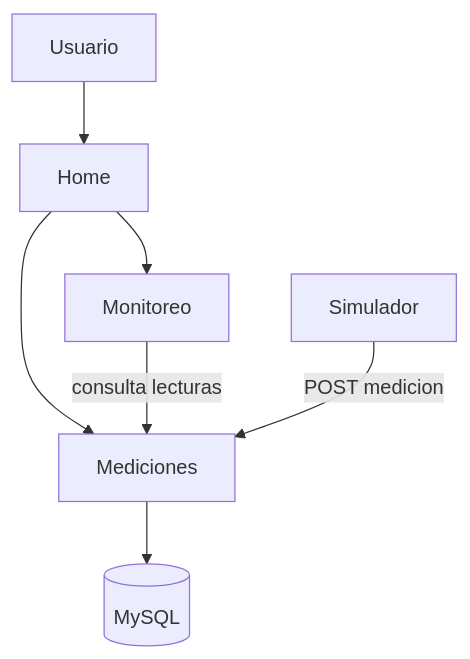
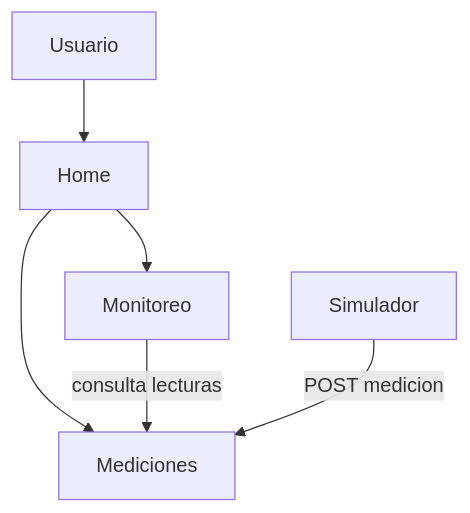
The diagram in README.md (ngcddev/Sistema-Distribuido-de-Monitoreo-IoT-Simulado), drawn with Mermaid before and after one commit.

Commit message:
docs: deja el diagrama del README con los cuatro servicios
MySQL sigue siendo la persistencia de Mediciones, fuera del diagrama de comunicacion entre microservicios.

````diff
--- a/README.md
+++ b/README.md
@@ -40,9 +40,8 @@
 ```mermaid
 flowchart TD
     U[Usuario] --> H[Home]
     H --> M[Mediciones]
     H --> MO[Monitoreo]
     MO -- consulta lecturas --> M
     SIM[Simulador] -- POST medicion --> M
-    M --> DB[(MySQL)]
 ```
````
